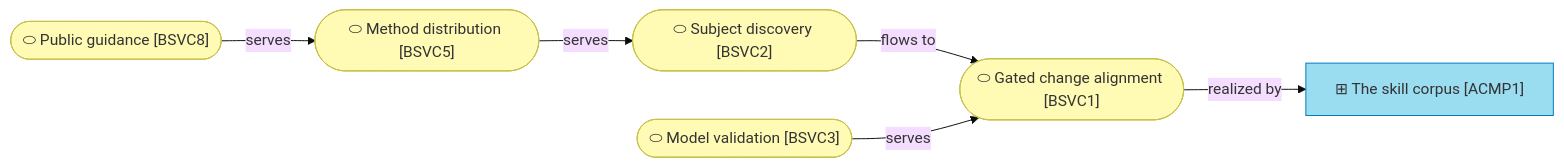
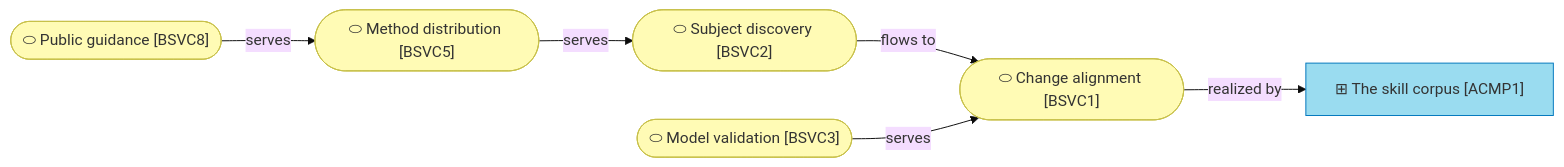
Before and after one commit to roanboc/architecture-archreator: the second of 2 diagrams in product-archreator/architecture/2_business/README.md, drawn with Mermaid (base theme). The commit also changed other lines of this file and 18 other files, not shown here.

````diff
--- a/product-archreator/architecture/2_business/README.md
+++ b/product-archreator/architecture/2_business/README.md
@@ -38,19 +38,19 @@
 ```mermaid
 flowchart LR
   b8(["⬭ Public guidance [BSVC8]"]):::business
   b5(["⬭ Method distribution [BSVC5]"]):::business
   b2(["⬭ Subject discovery [BSVC2]"]):::business
-  b1(["⬭ Gated change alignment [BSVC1]"]):::business
+  b1(["⬭ Change alignment [BSVC1]"]):::business
   b3(["⬭ Model validation [BSVC3]"]):::business
   c1["⊞ The skill corpus [ACMP1]"]:::component
 
   b8 -->|serves| b5
   b5 -->|serves| b2
   b2 -->|flows to| b1
   b3 -->|serves| b1
   b1 -->|realized by| c1
 
   classDef business fill:#fffbb5,stroke:#c8c04a,color:#333
   classDef app fill:#c2f0ff,stroke:#0288d1,color:#333
   classDef component fill:#9adcf0,stroke:#0277bd,color:#333
 ```
````
